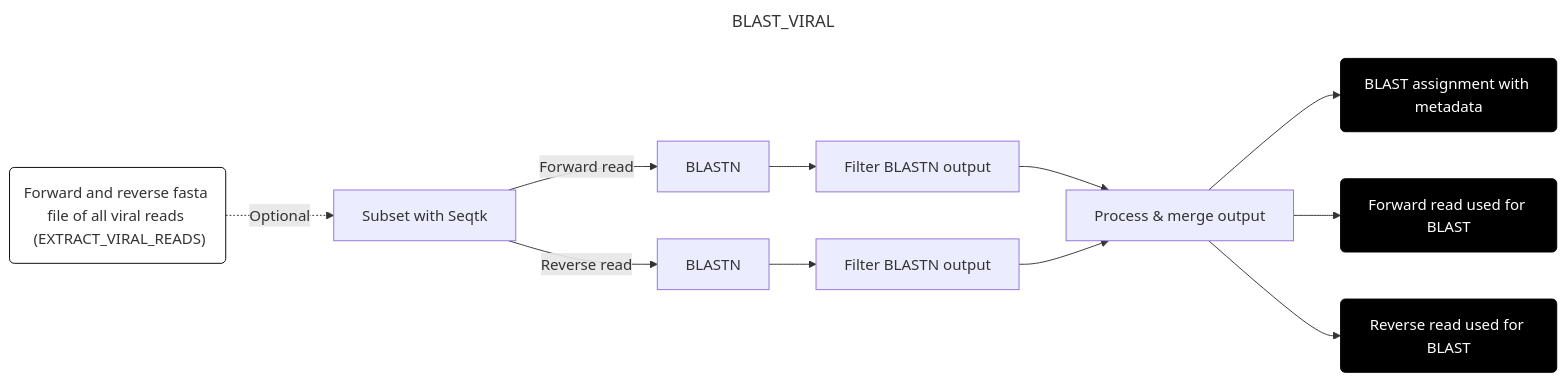
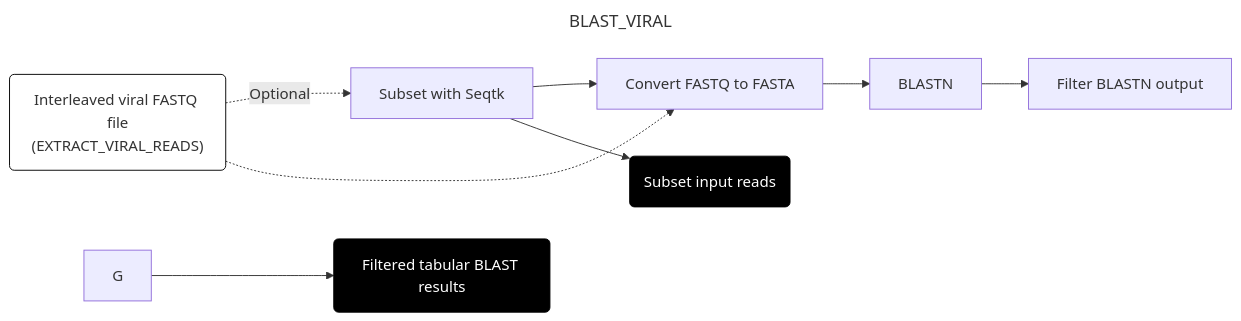
The seventh of 8 diagrams in docs/run.md (naobservatory/mgs-workflow), drawn with Mermaid before and after one commit. The commit also changed other lines of this file, not shown here.

````diff
--- a/docs/run.md
+++ b/docs/run.md
@@ -246,21 +242,18 @@
 ```mermaid
 ---
 title: BLAST_VIRAL
 config:
   layout: horizontal
 ---
 flowchart LR
-A("Forward and reverse fasta file of all viral reads <br> (EXTRACT_VIRAL_READS)") -.-> |Optional|B[Subset with Seqtk]
-B --> |Forward read|C[BLASTN]
-B --> |Reverse read|D[BLASTN]
-C --> E[Filter BLASTN output]
-D --> F[Filter BLASTN output]
-E & F --> G[Process & merge output]
-G --> H(BLAST assignment with metadata)
-G --> I(Forward read used for BLAST)
-G --> J(Reverse read used for BLAST)
+A("Interleaved viral FASTQ file<br>(EXTRACT_VIRAL_READS)") -.-> |Optional|B[Subset with Seqtk]
+B --> C[Convert FASTQ to FASTA]
+A -.-> C
+C --> D[BLASTN]
+D --> E[Filter BLASTN output]
+G --> H(Filtered tabular BLAST results)
+B --> I(Subset input reads)
 style A fill:#fff,stroke:#000
 style H fill:#000,color:#fff,stroke:#000
 style I fill:#000,color:#fff,stroke:#000
-style J fill:#000,color:#fff,stroke:#000
 ```
````
